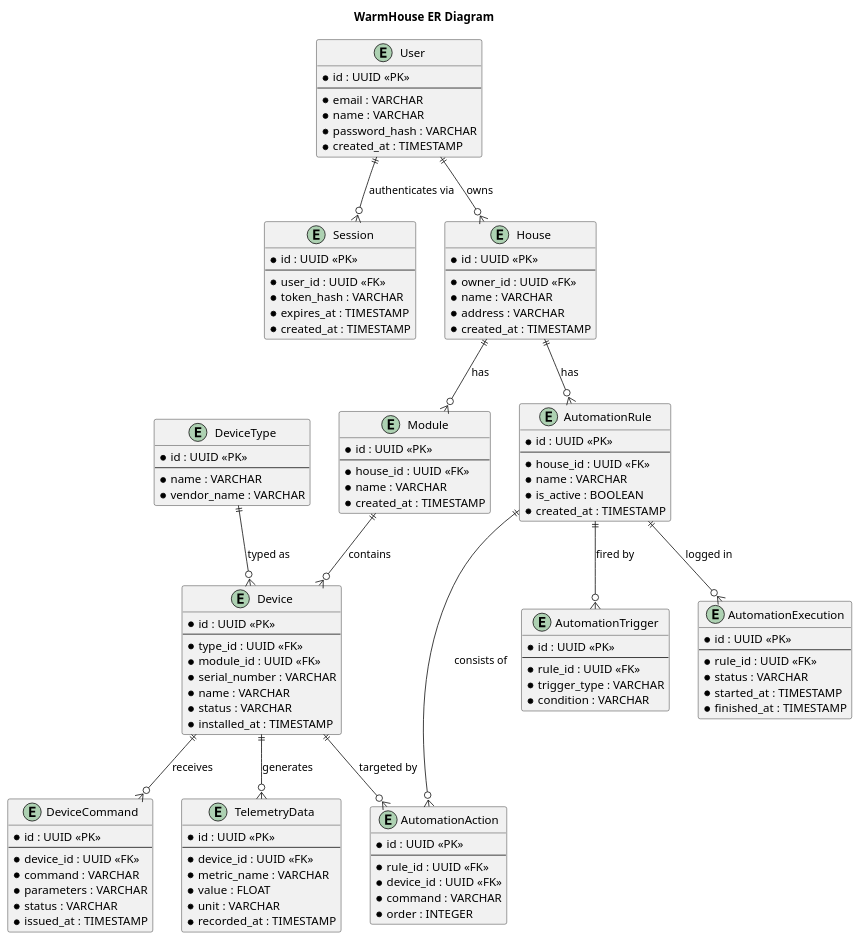
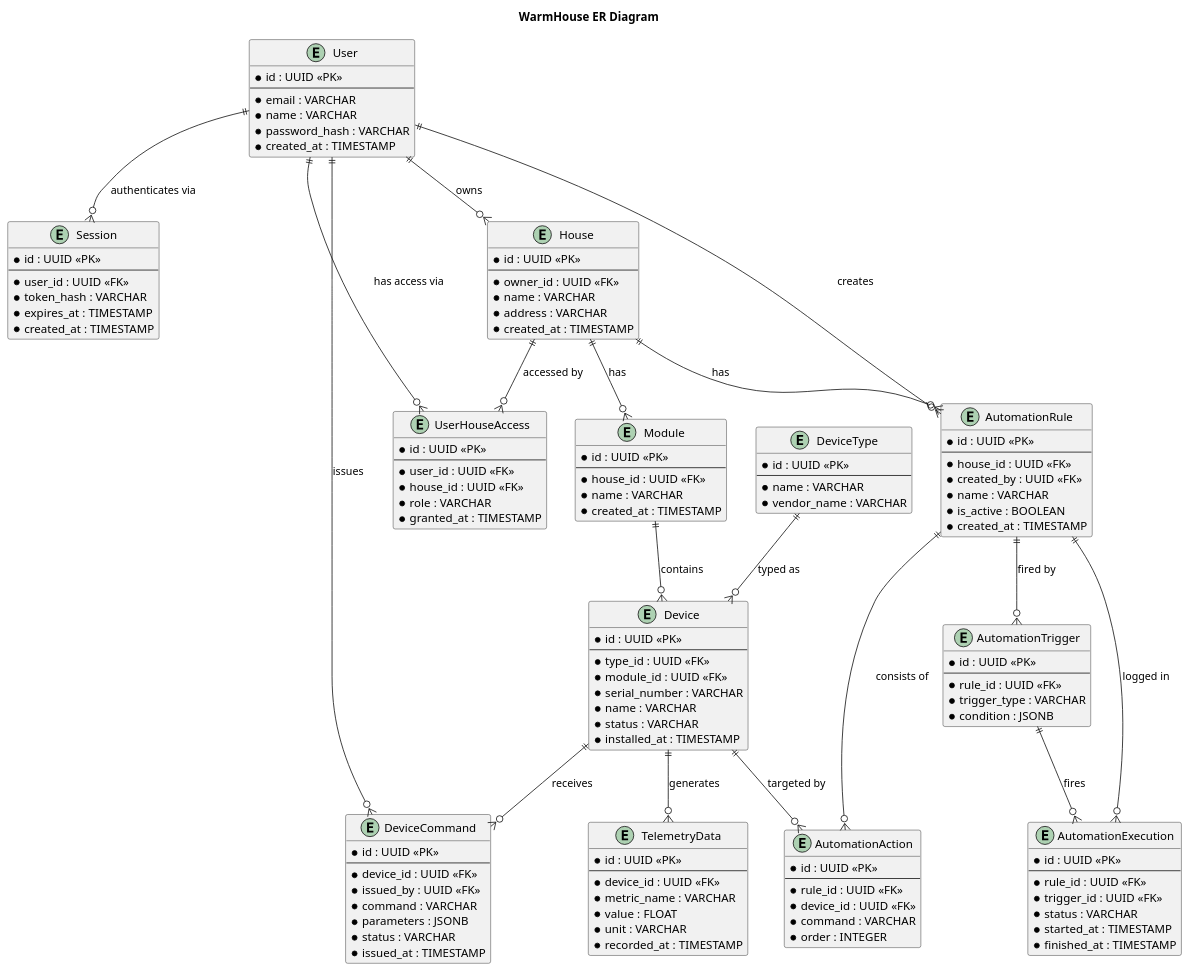
One commit to eugene-milostivenko/arch_01 changed the diagram in diagrams/er.puml. Above: the diagram before and after it, drawn with PlantUML.

Commit message:
improve er

```diff
--- a/diagrams/er.puml
+++ b/diagrams/er.puml
@@ -1,130 +1,147 @@
 @startuml
 title WarmHouse ER Diagram
 
 ' ── User Management ───────────────────────────────────────────────────────────
 entity "User" as user {
   * id : UUID <<PK>>
   --
   * email : VARCHAR
   * name : VARCHAR
   * password_hash : VARCHAR
   * created_at : TIMESTAMP
 }
 
 entity "Session" as session {
   * id : UUID <<PK>>
   --
   * user_id : UUID <<FK>>
   * token_hash : VARCHAR
   * expires_at : TIMESTAMP
   * created_at : TIMESTAMP
 }
 
 ' ── Device Management ─────────────────────────────────────────────────────────
 entity "House" as house {
   * id : UUID <<PK>>
   --
   * owner_id : UUID <<FK>>
   * name : VARCHAR
   * address : VARCHAR
   * created_at : TIMESTAMP
 }
 
+entity "UserHouseAccess" as house_access {
+  * id : UUID <<PK>>
+  --
+  * user_id : UUID <<FK>>
+  * house_id : UUID <<FK>>
+  * role : VARCHAR
+  * granted_at : TIMESTAMP
+}
+
 entity "DeviceType" as device_type {
   * id : UUID <<PK>>
   --
   * name : VARCHAR
   * vendor_name : VARCHAR
 }
 
 entity "Module" as module {
   * id : UUID <<PK>>
   --
   * house_id : UUID <<FK>>
   * name : VARCHAR
   * created_at : TIMESTAMP
 }
 
 entity "Device" as device {
   * id : UUID <<PK>>
   --
   * type_id : UUID <<FK>>
   * module_id : UUID <<FK>>
   * serial_number : VARCHAR
   * name : VARCHAR
   * status : VARCHAR
   * installed_at : TIMESTAMP
 }
 
 entity "DeviceCommand" as command {
   * id : UUID <<PK>>
   --
   * device_id : UUID <<FK>>
+  * issued_by : UUID <<FK>>
   * command : VARCHAR
-  * parameters : VARCHAR
+  * parameters : JSONB
   * status : VARCHAR
   * issued_at : TIMESTAMP
 }
 
 ' ── Telemetry ─────────────────────────────────────────────────────────────────
 entity "TelemetryData" as telemetry {
   * id : UUID <<PK>>
   --
   * device_id : UUID <<FK>>
   * metric_name : VARCHAR
   * value : FLOAT
   * unit : VARCHAR
   * recorded_at : TIMESTAMP
 }
 
 ' ── Automation ────────────────────────────────────────────────────────────────
 entity "AutomationRule" as rule {
   * id : UUID <<PK>>
   --
   * house_id : UUID <<FK>>
+  * created_by : UUID <<FK>>
   * name : VARCHAR
   * is_active : BOOLEAN
   * created_at : TIMESTAMP
 }
 
 entity "AutomationTrigger" as trigger {
   * id : UUID <<PK>>
   --
   * rule_id : UUID <<FK>>
   * trigger_type : VARCHAR
-  * condition : VARCHAR
+  * condition : JSONB
 }
 
 entity "AutomationAction" as action {
   * id : UUID <<PK>>
   --
   * rule_id : UUID <<FK>>
   * device_id : UUID <<FK>>
   * command : VARCHAR
   * order : INTEGER
 }
 
 entity "AutomationExecution" as execution {
   * id : UUID <<PK>>
   --
   * rule_id : UUID <<FK>>
+  * trigger_id : UUID <<FK>>
   * status : VARCHAR
   * started_at : TIMESTAMP
   * finished_at : TIMESTAMP
 }
 
 ' ── Relations ─────────────────────────────────────────────────────────────────
-user        ||--o{ session   : "authenticates via"
-user        ||--o{ house     : "owns"
+user        ||--o{ session      : "authenticates via"
+user        ||--o{ house        : "owns"
+user        ||--o{ house_access : "has access via"
+house       ||--o{ house_access : "accessed by"
 house       ||--o{ module    : "has"
 module      ||--o{ device    : "contains"
 house       ||--o{ rule      : "has"
+user        ||--o{ rule      : "creates"
 device_type ||--o{ device    : "typed as"
 device      ||--o{ telemetry : "generates"
 device      ||--o{ command   : "receives"
 rule        ||--o{ trigger   : "fired by"
 rule        ||--o{ action    : "consists of"
 rule        ||--o{ execution : "logged in"
+trigger     ||--o{ execution : "fires"
 device      ||--o{ action    : "targeted by"
+user        ||--o{ command   : "issues"
 
 @enduml
```
